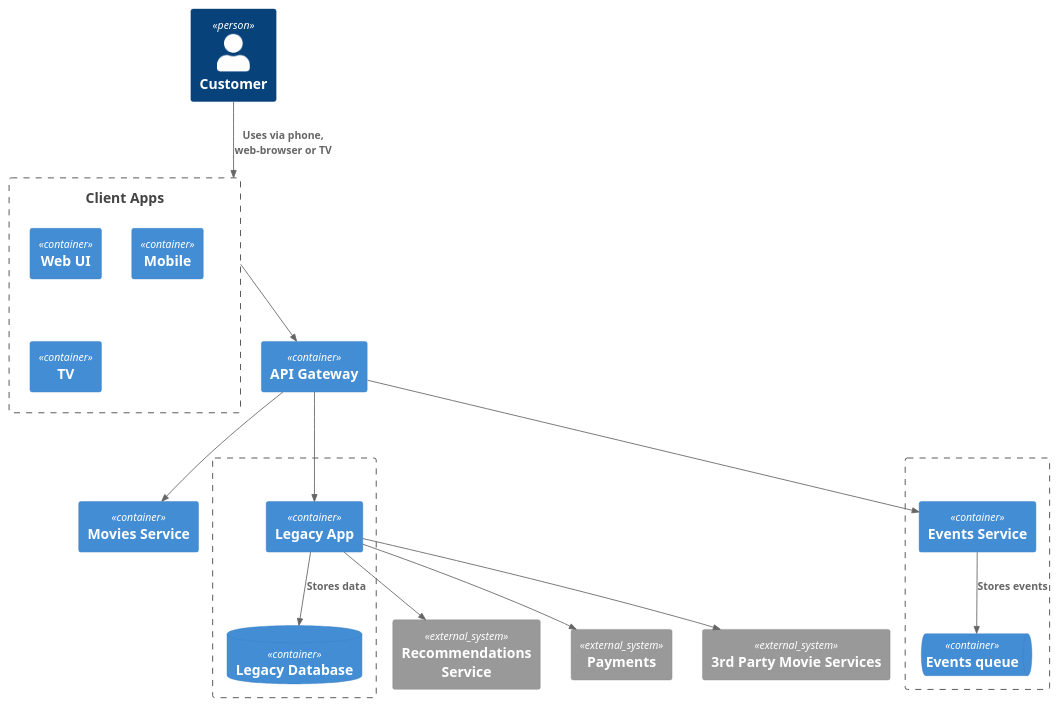
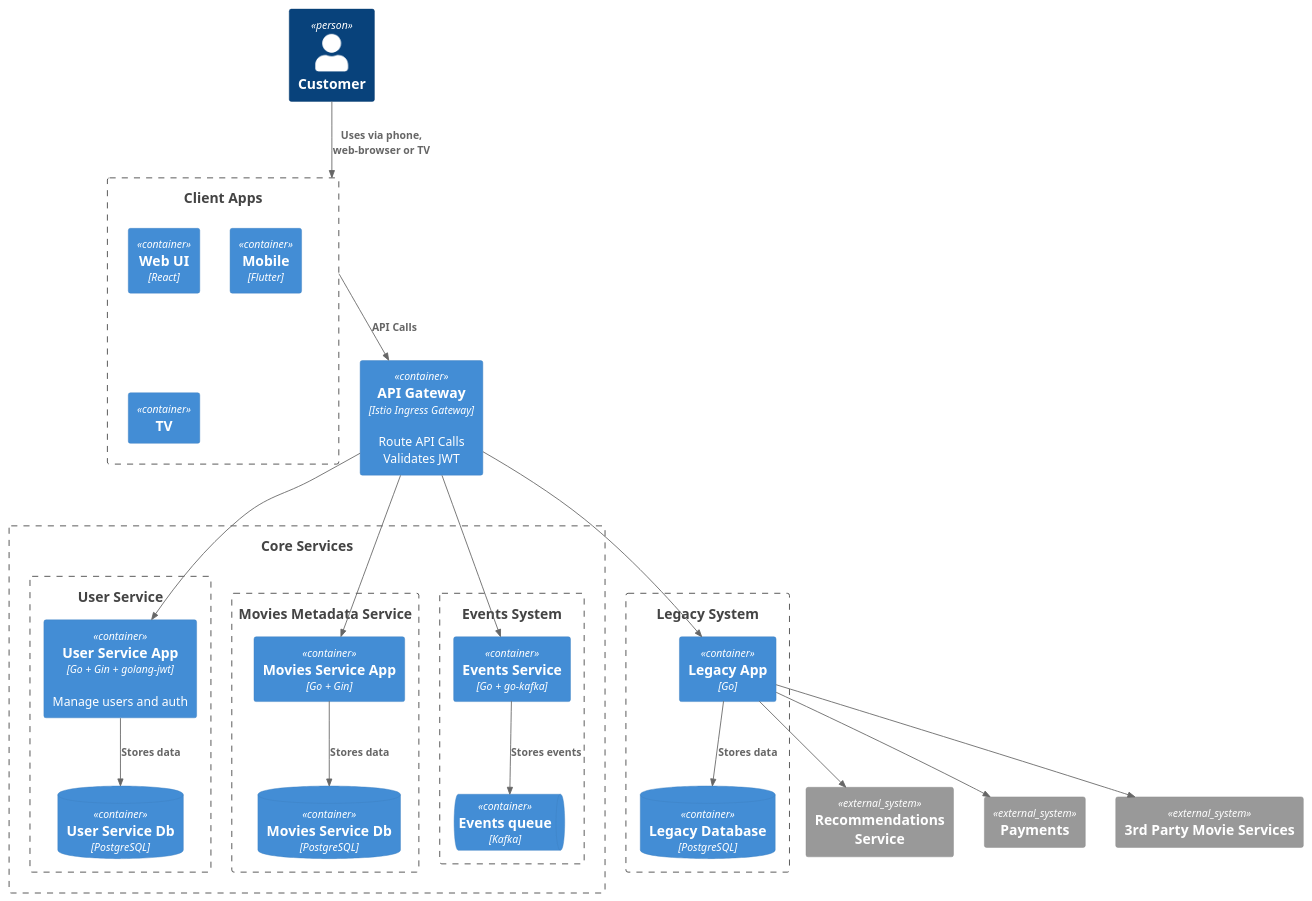
Before and after one commit to krvital/architecture-pro-cinemaabyss: the diagram in schemas/Architecture_Container.puml, drawn with PlantUML. The commit also changed 1 other file, not shown here.

Commit message:
Task #1: Update architecture schema

```diff
--- a/schemas/Architecture_Container.puml
+++ b/schemas/Architecture_Container.puml
@@ -1,43 +1,58 @@
 @startuml
 !include <C4/C4_Container>
 
 Person(customer, "Customer")
 
 Boundary(clientApps, "Client Apps") {
-    Container(webUi, "Web UI")
-    Container(androidApp, "Mobile")
+    Container(webUi, "Web UI", "React")
+    Container(mobileApp, "Mobile", "Flutter")
     Container(tvApp, "TV")
 }
 
-Boundary(legacy, "") {
-    Container(legacyApp, "Legacy App")
-    ContainerDb(legacyDb, "Legacy Database")
+Container(apiGateway, "API Gateway", "Istio Ingress Gateway", "Route API Calls\nValidates JWT")
+
+Boundary(coreServices, "Core Services") {
+    Boundary(userSevice, "User Service") {
+        Container(userServiceApp, "User Service App", "Go + Gin + golang-jwt", "Manage users and auth")
+        ContainerDb(userServiceDb, "User Service Db", "PostgreSQL")
+        Rel(userServiceApp, userServiceDb, "Stores data")
+    }
+
+    Boundary(moviesService, "Movies Metadata Service") {
+        Container(moviesServiceApp, "Movies Service App", "Go + Gin")
+        ContainerDb(moviesServiceDb, "Movies Service Db", "PostgreSQL")
+        Rel(moviesServiceApp, moviesServiceDb, "Stores data")
+    }
+
+    Boundary(eventsService, "Events System") {
+        Container(eventsServiceApp, "Events Service", "Go + go-kafka")
+        ContainerQueue(eventsServiceQueue, "Events queue", "Kafka")
+        Rel(eventsServiceApp, eventsServiceQueue, "Stores events")
+    }
+}
+
+Boundary(legacy, "Legacy System") {
+    Container(legacyApp, "Legacy App", "Go")
+    ContainerDb(legacyDb, "Legacy Database", "PostgreSQL")
     Rel(legacyApp, legacyDb, "Stores data")
 }
 
-Container(apiGateway, "API Gateway")
-
 System_Ext(recommendationsService, "Recommendations Service")
 System_Ext(paymentGateway, "Payments")
-System_Ext(thirpartyMovieServices, "3rd Party Movie Services")
+System_Ext(thirdPartyMovieServices, "3rd Party Movie Services")
 
-Container(moviesService, "Movies Service")
-
-Boundary(events, "") {
-    Container(eventsService, "Events Service")
-    ContainerQueue(eventsQueue, "Events queue")
-    Rel(eventsService, eventsQueue, "Stores events")
-}
 
 Rel(customer, clientApps, "Uses via phone, web-browser or TV")
-Rel(clientApps, apiGateway, "")
+
+Rel(clientApps, apiGateway, "API Calls")
 
 Rel(legacyApp, paymentGateway, "")
-Rel(legacyApp, thirpartyMovieServices, "")
+Rel(legacyApp, thirdPartyMovieServices, "")
 Rel(legacyApp, recommendationsService, "")
 
 Rel(apiGateway, legacyApp, "")
-Rel(apiGateway, eventsService, "")
-Rel(apiGateway, moviesService, "")
+Rel(apiGateway, eventsServiceApp, "")
+Rel(apiGateway, moviesServiceApp, "")
+Rel(apiGateway, userServiceApp, "")
 
 @enduml
```
